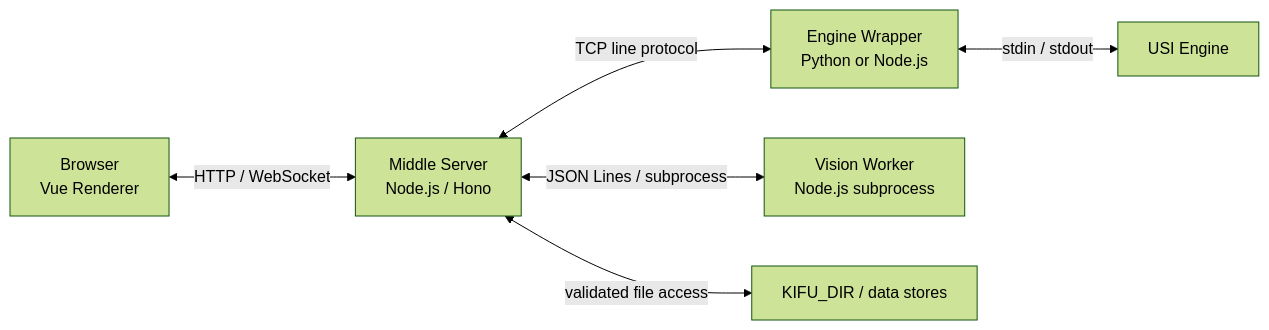
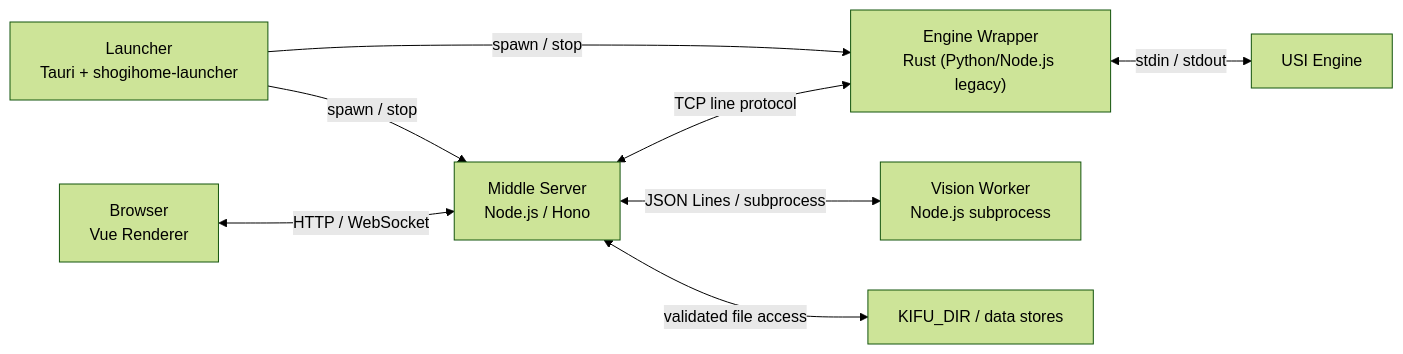
One commit to yoset77/shogihome-lab changed the first of 2 diagrams in ARCHITECTURE.md. Above: the diagram before and after it, drawn with Mermaid (forest theme). The commit also changed other lines of this file and 100 other files, not shown here.

Commit message:
feat: cut over release packaging to Tauri/Rust and harden lifecycle

````diff
--- a/ARCHITECTURE.md
+++ b/ARCHITECTURE.md
@@ -34,15 +35,18 @@
 ```mermaid
 flowchart LR
     Browser["Browser<br/>Vue Renderer"]
     Server["Middle Server<br/>Node.js / Hono"]
-    Wrapper["Engine Wrapper<br/>Python or Node.js"]
+    Wrapper["Engine Wrapper<br/>Rust (Python/Node.js legacy)"]
     Engine["USI Engine"]
     Vision["Vision Worker<br/>Node.js subprocess"]
     Files["KIFU_DIR / data stores"]
+    Launcher["Launcher<br/>Tauri + shogihome-launcher"]
 
     Browser <-->|"HTTP / WebSocket"| Server
     Server <-->|"TCP line protocol"| Wrapper
     Wrapper <-->|"stdin / stdout"| Engine
     Server <-->|"JSON Lines / subprocess"| Vision
     Server <-->|"validated file access"| Files
+    Launcher -->|"spawn / stop"| Server
+    Launcher -->|"spawn / stop"| Wrapper
 ```
````
